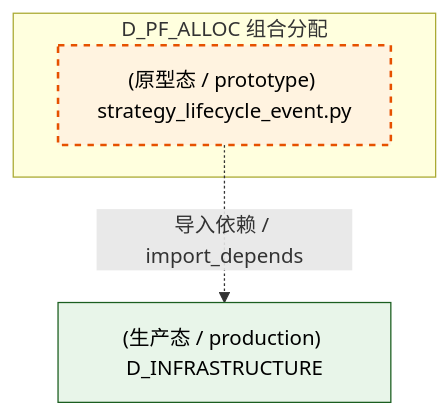
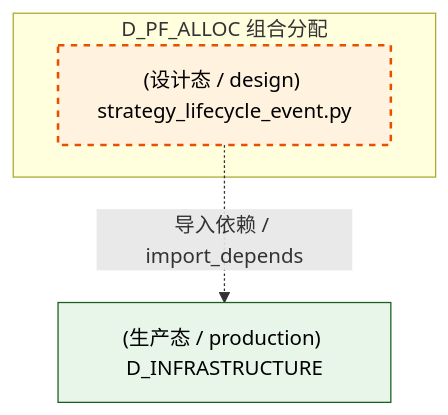
Before and after one commit to xuanFelixVan/ZephyrAlpha: the third of 4 diagrams in docs/02_enterprise_architecture/02_domain_architecture_docs/51_d_pf_alloc.md, drawn with Mermaid. The commit also changed other lines of this file and 177 other files, not shown here.

````diff
--- a/docs/02_enterprise_architecture/02_domain_architecture_docs/51_d_pf_alloc.md
+++ b/docs/02_enterprise_architecture/02_domain_architecture_docs/51_d_pf_alloc.md
@@ -130,14 +129,14 @@
 ```mermaid
 graph TD
     subgraph D_PF_ALLOC["D_PF_ALLOC 组合分配"]
-        src_zephyr_pf_alloc_strategy_lifecycle_event_py["(原型态 / prototype) strategy_lifecycle_event.py"]
+        src_zephyr_pf_alloc_strategy_lifecycle_event_py["(设计态 / design) strategy_lifecycle_event.py"]
     end
     D_INFRASTRUCTURE["(生产态 / production) D_INFRASTRUCTURE"]
     src_zephyr_pf_alloc_strategy_lifecycle_event_py -.->|导入依赖 / import_depends| D_INFRASTRUCTURE
     classDef production fill:#e1f5fe,stroke:#01579b,stroke-width:2px,color:#000
     classDef design fill:#fff3e0,stroke:#e65100,stroke-width:2px,color:#000,stroke-dasharray: 5 5
     classDef external_prod fill:#e8f5e9,stroke:#1b5e20,stroke-width:1px,color:#000
     classDef external_design fill:#fce4ec,stroke:#880e4f,stroke-width:1px,color:#000,stroke-dasharray: 5 5
     class src_zephyr_pf_alloc_strategy_lifecycle_event_py design
     class D_INFRASTRUCTURE external_prod
 ```
````
